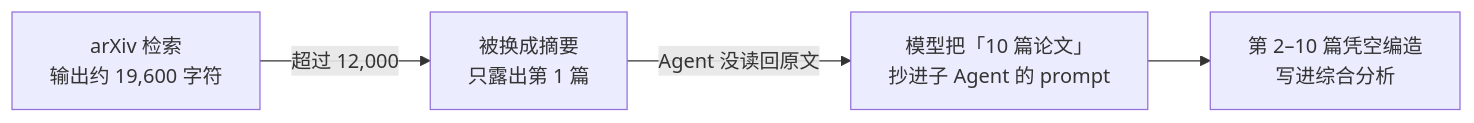
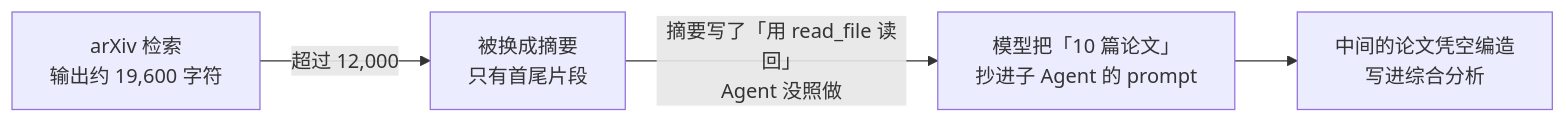
The first of 3 diagrams in README.md (unumbrela/deerflow-citeguard), drawn with Mermaid before and after one commit. The commit also changed 3 other files, not shown here.

````diff
--- a/README.md
+++ b/README.md
@@ -18,6 +18,6 @@
 ```mermaid
 flowchart LR
-  A1["arXiv 检索<br/>输出约 19,600 字符"] -->|"超过 12,000"| A2["被换成摘要<br/>只露出第 1 篇"]
-  A2 -->|"Agent 没读回原文"| A3["模型把「10 篇论文」<br/>抄进子 Agent 的 prompt"]
-  A3 --> A4["第 2–10 篇凭空编造<br/>写进综合分析"]
+  A1["arXiv 检索<br/>输出约 19,600 字符"] -->|"超过 12,000"| A2["被换成摘要<br/>只有首尾片段"]
+  A2 -->|"摘要写了「用 read_file 读回」<br/>Agent 没照做"| A3["模型把「10 篇论文」<br/>抄进子 Agent 的 prompt"]
+  A3 --> A4["中间的论文凭空编造<br/>写进综合分析"]
 ```
````
